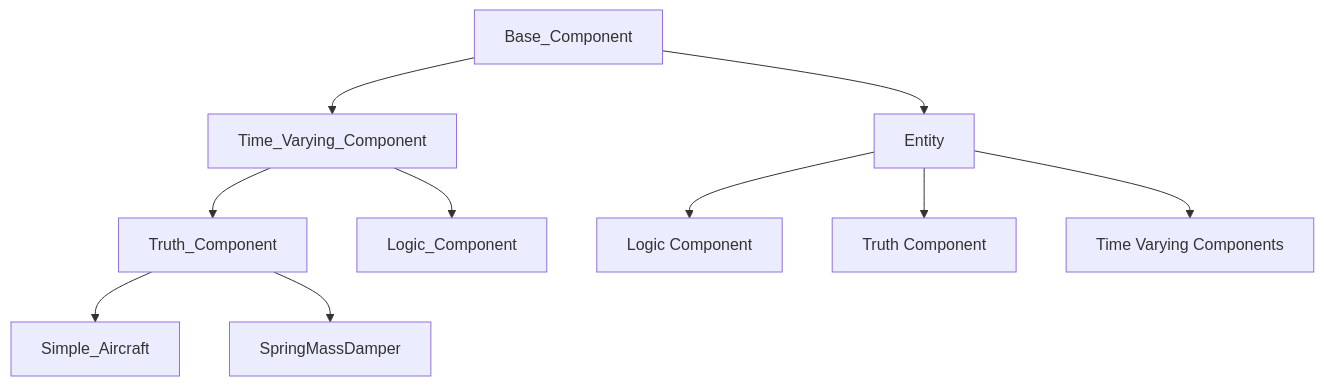
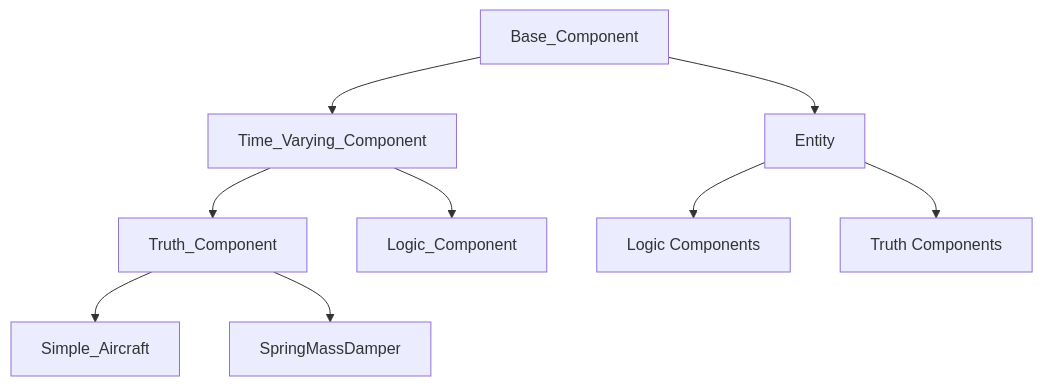
Before and after one commit to jsr2022/project_ad_caelos: the second of 3 diagrams in adcaelos/documentation/adcaelos_simulation_framework.md, drawn with Mermaid. The commit also changed other lines of this file and 1 other file, not shown here.

````diff
--- a/adcaelos/documentation/adcaelos_simulation_framework.md
+++ b/adcaelos/documentation/adcaelos_simulation_framework.md
@@ -67,12 +67,11 @@
 ```mermaid
 graph TD
     Base_Component --> Time_Varying_Component
     Base_Component --> Entity
     Time_Varying_Component --> Truth_Component
     Time_Varying_Component --> Logic_Component
     Truth_Component --> Simple_Aircraft
     Truth_Component --> SpringMassDamper
-    Entity --> LC[Logic Component]
-    Entity --> TC[Truth Component]
-    Entity --> TVC[Time Varying Components]
+    Entity --> LC[Logic Components]
+    Entity --> TC[Truth Components]
 ```
````
